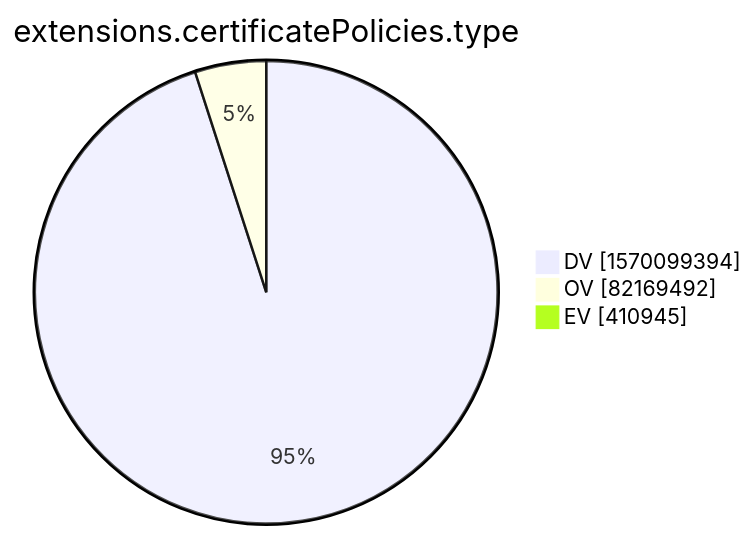
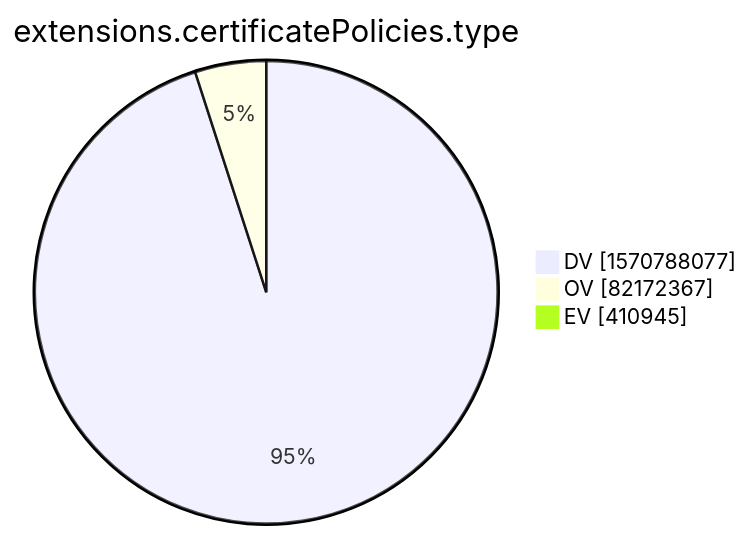
Before and after one commit to christiankrug/ctmonitor_visualization: the tenth of 15 diagrams in xenon2022/README.md, drawn with Mermaid. The commit also changed other lines of this file, not shown here.

````diff
--- a/xenon2022/README.md
+++ b/xenon2022/README.md
@@ -2876,7 +2876,7 @@
 ```mermaid
 pie showData
 title extensions.certificatePolicies.type
-"DV" :1570099394
-"OV" :82169492
+"DV" :1570788077
+"OV" :82172367
 "EV" :410945
 ```
````
